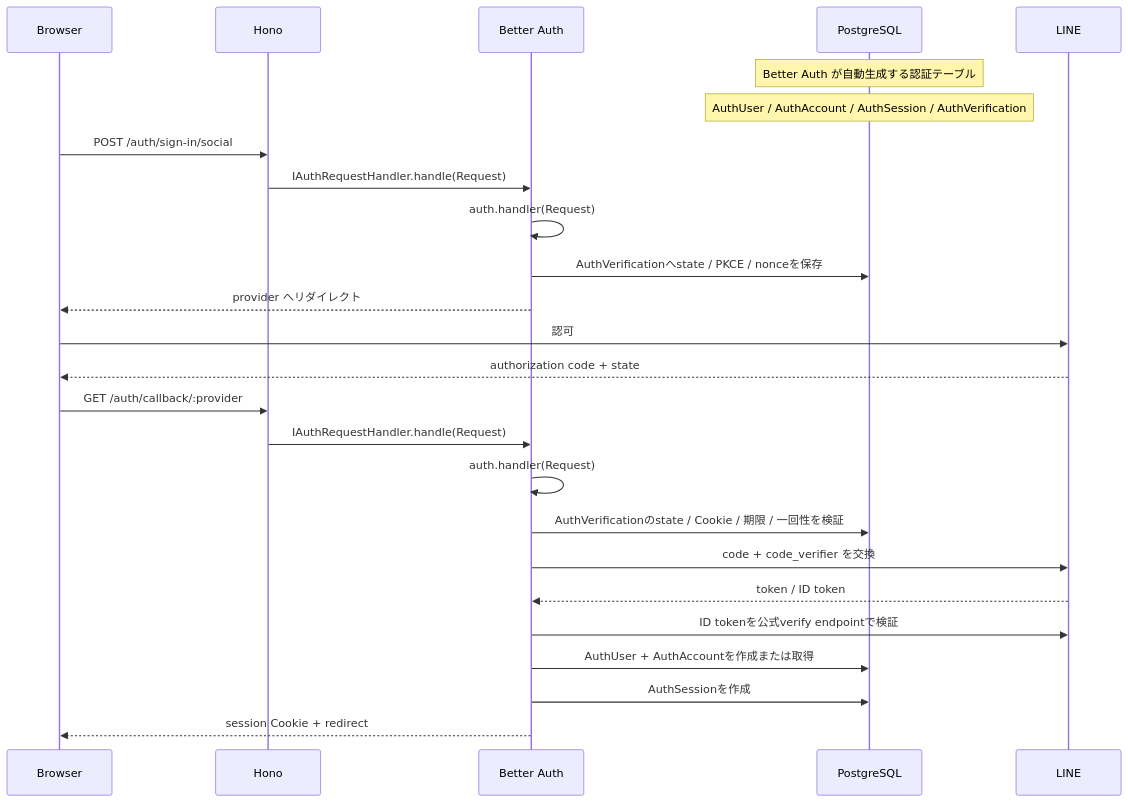
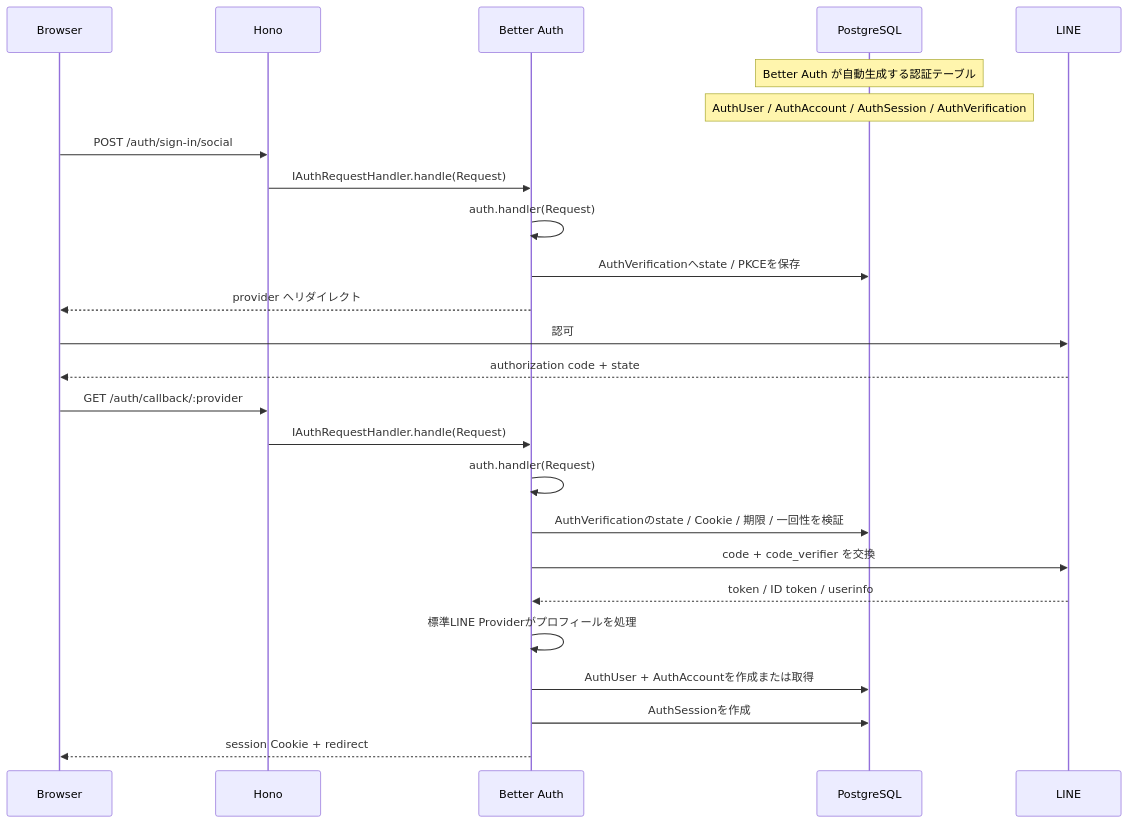
The first of 3 diagrams in backend/src/auth/docs/better-auth.md (HirokaMitsunaga/auth-test), drawn with Mermaid before and after one commit. The commit also changed other lines of this file and 7 other files, not shown here.

````diff
--- a/backend/src/auth/docs/better-auth.md
+++ b/backend/src/auth/docs/better-auth.md
@@ -356,29 +359,29 @@
 ```mermaid
 sequenceDiagram
     participant B as Browser
     participant H as Hono
     participant A as Better Auth
     participant DB as PostgreSQL
     participant L as LINE
 
     Note over DB: Better Auth が自動生成する認証テーブル
     Note over DB: AuthUser / AuthAccount / AuthSession / AuthVerification
 
     B->>H: POST /auth/sign-in/social
     H->>A: IAuthRequestHandler.handle(Request)
     A->>A: auth.handler(Request)
-    A->>DB: AuthVerificationへstate / PKCE / nonceを保存
+    A->>DB: AuthVerificationへstate / PKCEを保存
     A-->>B: provider へリダイレクト
     B->>L: 認可
     L-->>B: authorization code + state
     B->>H: GET /auth/callback/:provider
     H->>A: IAuthRequestHandler.handle(Request)
     A->>A: auth.handler(Request)
     A->>DB: AuthVerificationのstate / Cookie / 期限 / 一回性を検証
     A->>L: code + code_verifier を交換
-    L-->>A: token / ID token
-    A->>L: ID tokenを公式verify endpointで検証
+    L-->>A: token / ID token / userinfo
+    A->>A: 標準LINE Providerがプロフィールを処理
     A->>DB: AuthUser + AuthAccountを作成または取得
     A->>DB: AuthSessionを作成
     A-->>B: session Cookie + redirect
 ```
````
